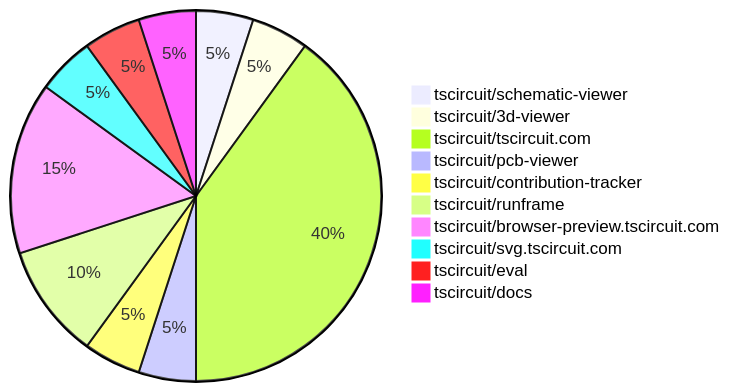
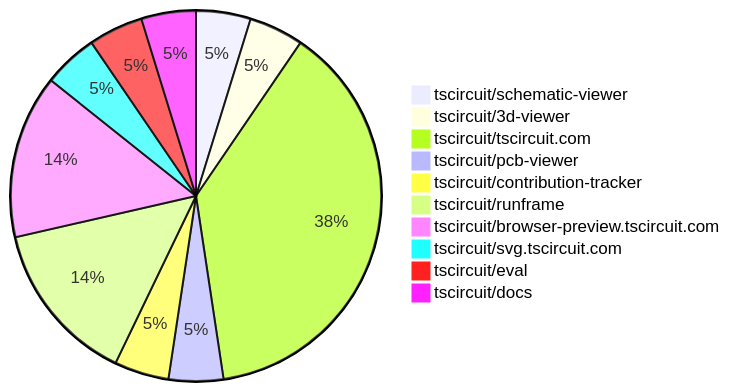
One commit to tscircuit/contribution-tracker changed the diagram in README.md. Above: the diagram before and after it, drawn with Mermaid. The commit also changed other lines of this file and 2 other files, not shown here.

````diff
--- a/README.md
+++ b/README.md
@@ -24,13 +24,13 @@
 ```mermaid
 pie
     "tscircuit/schematic-viewer" : 1
     "tscircuit/3d-viewer" : 1
     "tscircuit/tscircuit.com" : 8
     "tscircuit/pcb-viewer" : 1
     "tscircuit/contribution-tracker" : 1
-    "tscircuit/runframe" : 2
+    "tscircuit/runframe" : 3
     "tscircuit/browser-preview.tscircuit.com" : 3
     "tscircuit/svg.tscircuit.com" : 1
     "tscircuit/eval" : 1
     "tscircuit/docs" : 1
 ```
````
